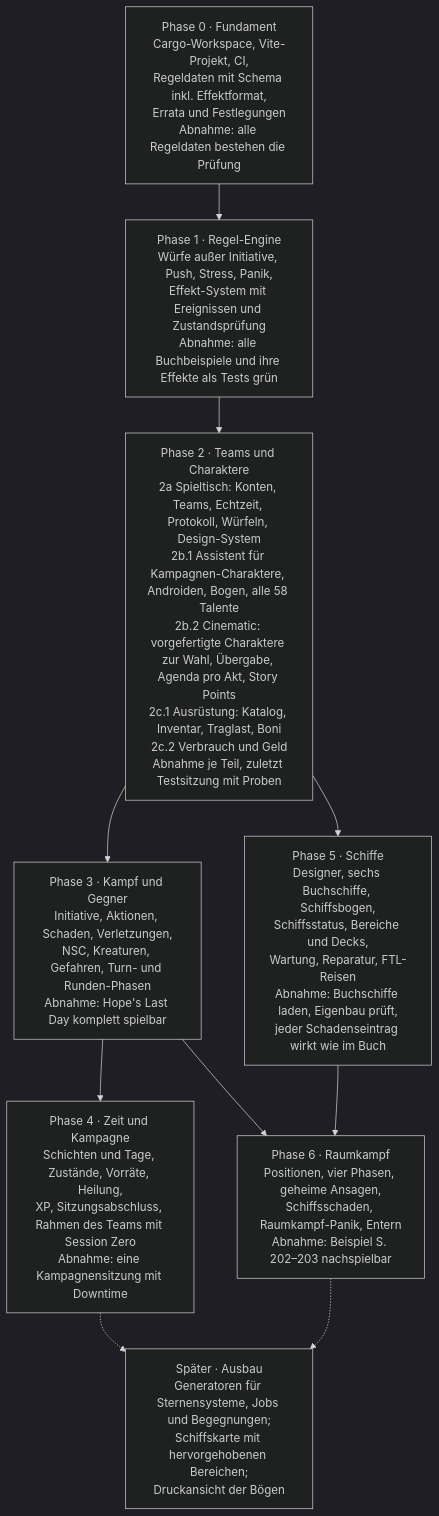
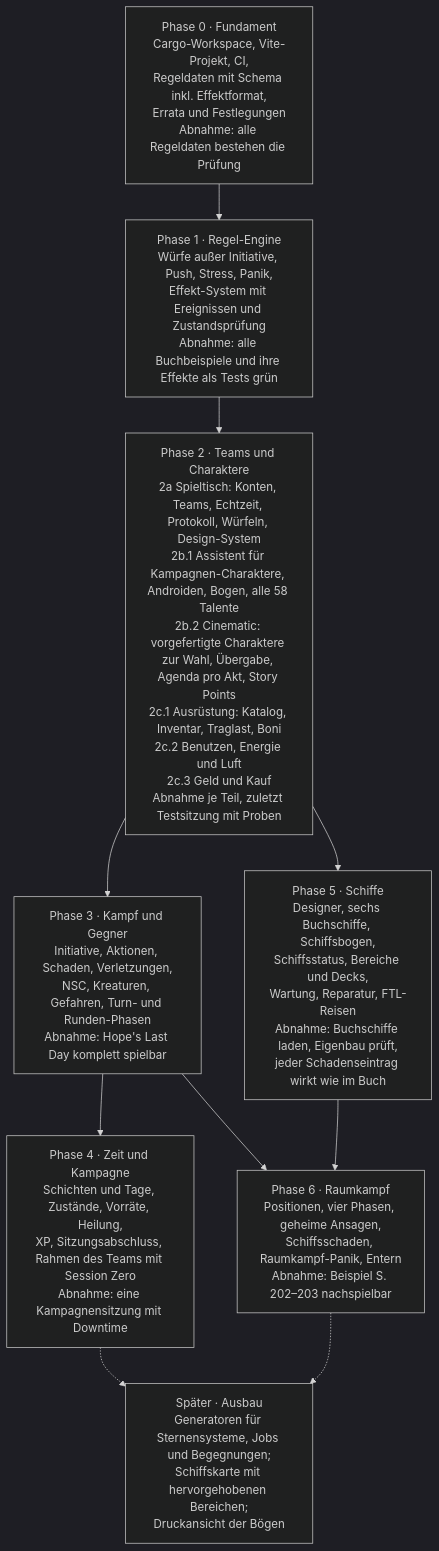
The third of 3 diagrams in docs/PLAN.md (peddn/xenoforge), drawn with Mermaid (dark theme) before and after one commit. The commit also changed other lines of this file and 4 other files, not shown here.

````diff
--- a/docs/PLAN.md
+++ b/docs/PLAN.md
@@ -759,16 +760,16 @@
 ```mermaid
 flowchart TD
     p0["Phase 0 · Fundament<br/>Cargo-Workspace, Vite-Projekt, CI,<br/>Regeldaten mit Schema inkl. Effektformat,<br/>Errata und Festlegungen<br/>Abnahme: alle Regeldaten bestehen die Prüfung"]
     p1["Phase 1 · Regel-Engine<br/>Würfe außer Initiative, Push, Stress, Panik,<br/>Effekt-System mit Ereignissen und Zustandsprüfung<br/>Abnahme: alle Buchbeispiele und ihre Effekte als Tests grün"]
-    p2["Phase 2 · Teams und Charaktere<br/>2a Spieltisch: Konten, Teams, Echtzeit, Protokoll, Würfeln, Design-System<br/>2b.1 Assistent für Kampagnen-Charaktere, Androiden, Bogen, alle 58 Talente<br/>2b.2 Cinematic: vorgefertigte Charaktere zur Wahl, Übergabe, Agenda pro Akt, Story Points<br/>2c.1 Ausrüstung: Katalog, Inventar, Traglast, Boni<br/>2c.2 Verbrauch und Geld<br/>Abnahme je Teil, zuletzt Testsitzung mit Proben"]
+    p2["Phase 2 · Teams und Charaktere<br/>2a Spieltisch: Konten, Teams, Echtzeit, Protokoll, Würfeln, Design-System<br/>2b.1 Assistent für Kampagnen-Charaktere, Androiden, Bogen, alle 58 Talente<br/>2b.2 Cinematic: vorgefertigte Charaktere zur Wahl, Übergabe, Agenda pro Akt, Story Points<br/>2c.1 Ausrüstung: Katalog, Inventar, Traglast, Boni<br/>2c.2 Benutzen, Energie und Luft<br/>2c.3 Geld und Kauf<br/>Abnahme je Teil, zuletzt Testsitzung mit Proben"]
     p3["Phase 3 · Kampf und Gegner<br/>Initiative, Aktionen, Schaden, Verletzungen,<br/>NSC, Kreaturen, Gefahren, Turn- und Runden-Phasen<br/>Abnahme: Hope's Last Day komplett spielbar"]
     p4["Phase 4 · Zeit und Kampagne<br/>Schichten und Tage, Zustände, Vorräte, Heilung,<br/>XP, Sitzungsabschluss, Rahmen des Teams mit Session Zero<br/>Abnahme: eine Kampagnensitzung mit Downtime"]
     p5["Phase 5 · Schiffe<br/>Designer, sechs Buchschiffe, Schiffsbogen,<br/>Schiffsstatus, Bereiche und Decks,<br/>Wartung, Reparatur, FTL-Reisen<br/>Abnahme: Buchschiffe laden, Eigenbau prüft,<br/>jeder Schadenseintrag wirkt wie im Buch"]
     p6["Phase 6 · Raumkampf<br/>Positionen, vier Phasen, geheime Ansagen,<br/>Schiffsschaden, Raumkampf-Panik, Entern<br/>Abnahme: Beispiel S. 202–203 nachspielbar"]
     p7["Später · Ausbau<br/>Generatoren für Sternensysteme, Jobs und Begegnungen;<br/>Schiffskarte mit hervorgehobenen Bereichen;<br/>Druckansicht der Bögen"]
     p0 --> p1 --> p2 --> p3 --> p4
     p2 --> p5 --> p6
     p3 --> p6
     p4 -.-> p7
     p6 -.-> p7
 ```
````
